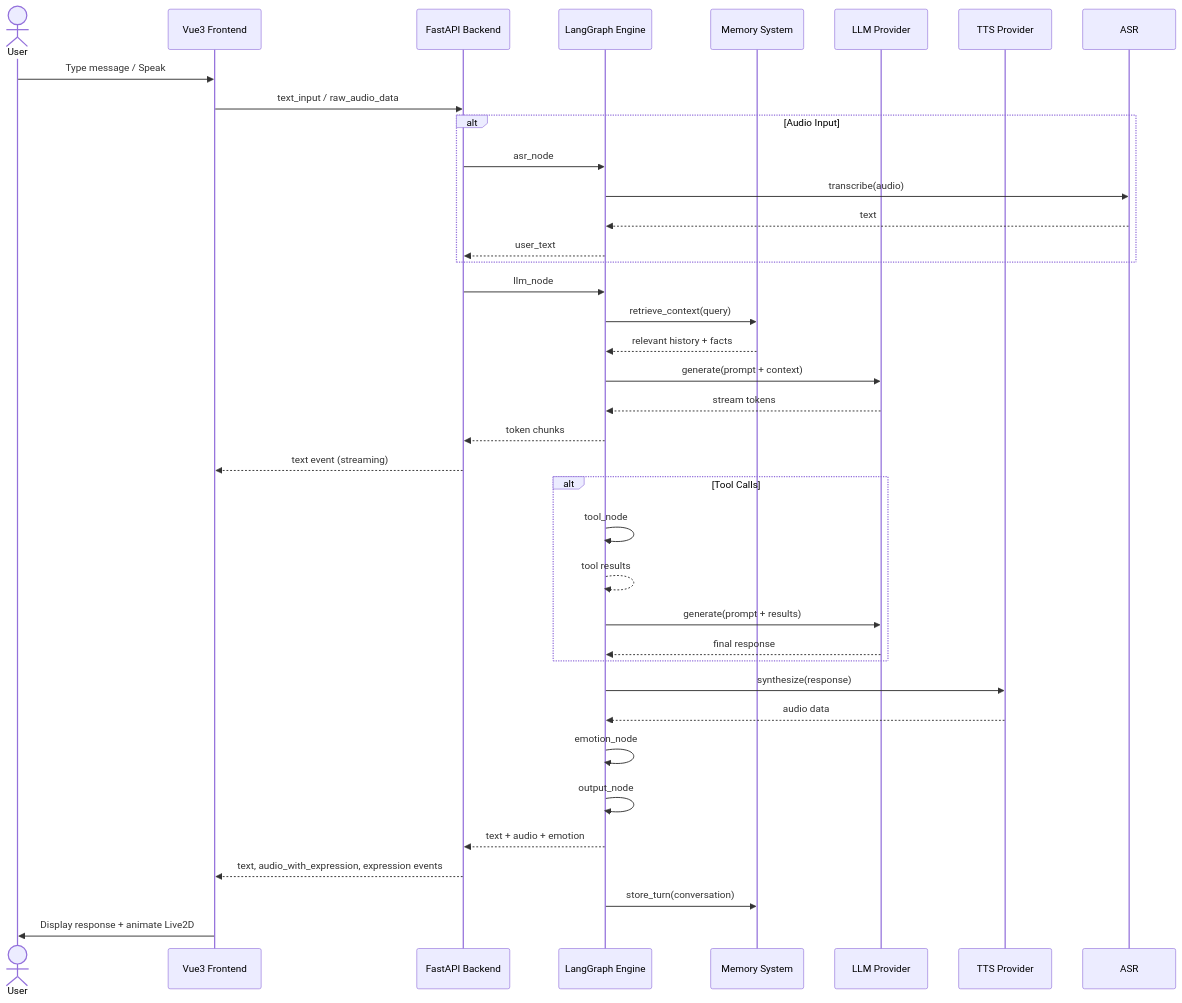
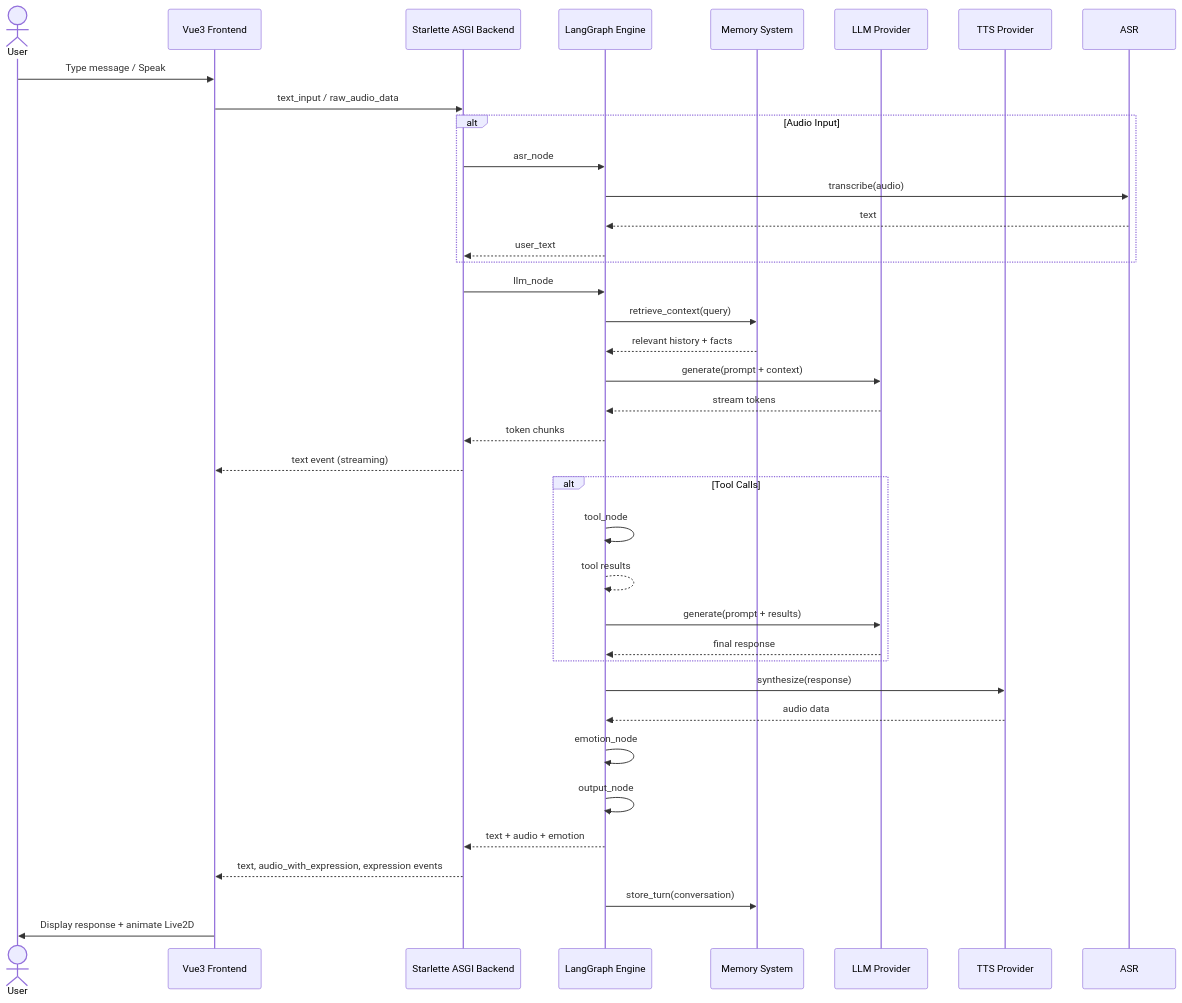
The third of 4 diagrams in docs/architecture/overview.md (loiter74/Anima-LLM-Vtuber), drawn with Mermaid before and after one commit. The commit also changed other lines of this file and 37 other files, not shown here.

````diff
--- a/docs/architecture/overview.md
+++ b/docs/architecture/overview.md
@@ -80,44 +80,44 @@
 ```mermaid
 sequenceDiagram
     actor User
     participant FE as Vue3 Frontend
-    participant BE as FastAPI Backend
+    participant BE as Starlette ASGI Backend
     participant LG as LangGraph Engine
     participant Mem as Memory System
     participant LLM as LLM Provider
     participant TTS as TTS Provider
 
     User->>FE: Type message / Speak
     FE->>BE: text_input / raw_audio_data
 
     alt Audio Input
         BE->>LG: asr_node
         LG->>ASR: transcribe(audio)
         ASR-->>LG: text
         LG-->>BE: user_text
     end
 
     BE->>LG: llm_node
     LG->>Mem: retrieve_context(query)
     Mem-->>LG: relevant history + facts
     LG->>LLM: generate(prompt + context)
     LLM-->>LG: stream tokens
     LG-->>BE: token chunks
     BE-->>FE: text event (streaming)
 
     alt Tool Calls
         LG->>LG: tool_node
         LG-->>LG: tool results
         LG->>LLM: generate(prompt + results)
         LLM-->>LG: final response
     end
 
     LG->>TTS: synthesize(response)
     TTS-->>LG: audio data
     LG->>LG: emotion_node
     LG->>LG: output_node
     LG-->>BE: text + audio + emotion
     BE-->>FE: text, audio_with_expression, expression events
     LG->>Mem: store_turn(conversation)
     FE->>User: Display response + animate Live2D
 ```
````
